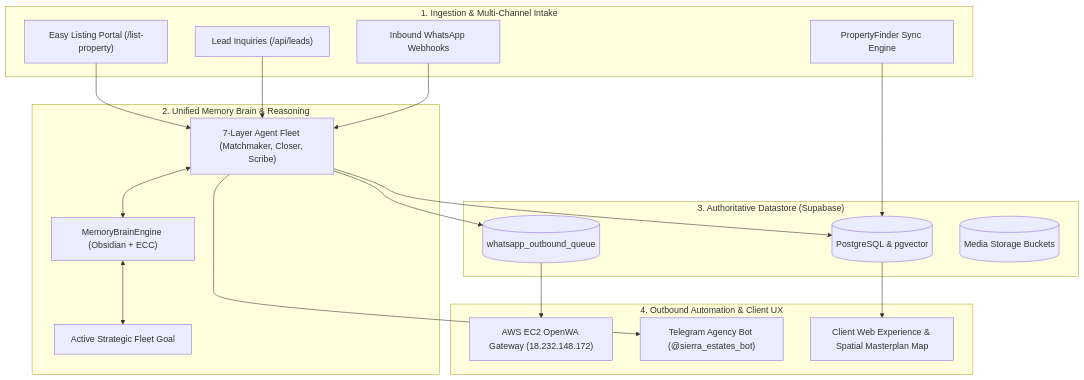
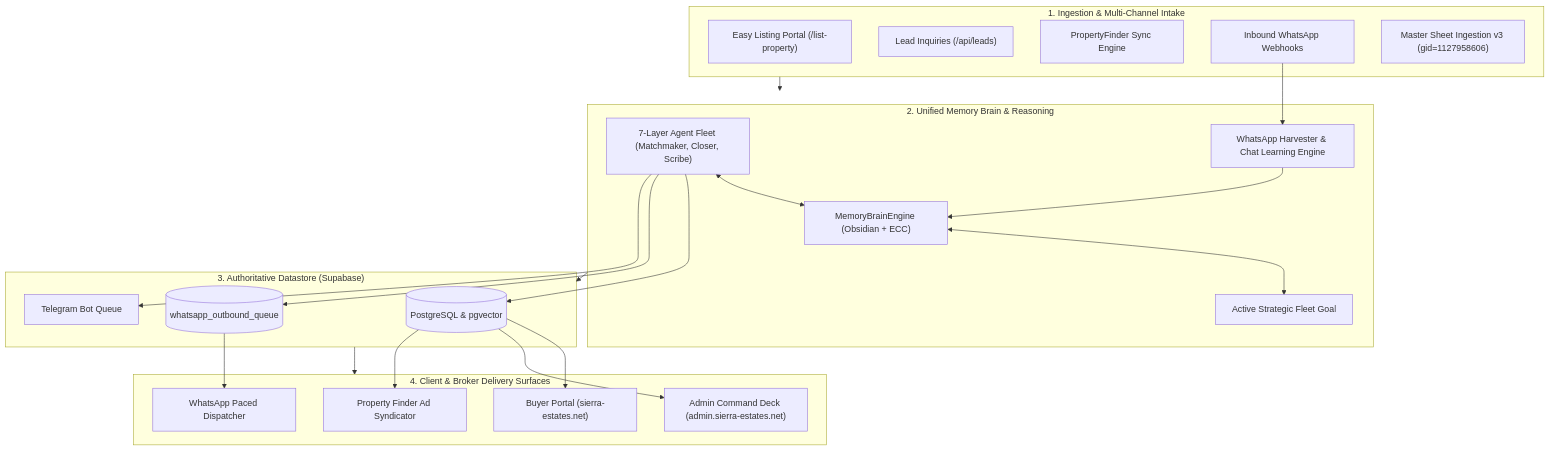
Before and after one commit to afawzy886619888866-cloud/Sierra-Estates: the second of 2 diagrams in docs/MASTER_PROJECT_PLAN.md, drawn with Mermaid. The commit also changed other lines of this file and 321 other files, not shown here.

First line of the commit message:
feat(outreach): phone normalization, silent pre-flight validator & multi-agent architecture

````diff
--- a/docs/MASTER_PROJECT_PLAN.md
+++ b/docs/MASTER_PROJECT_PLAN.md
@@ -58,41 +61,47 @@
 ```mermaid
 flowchart TD
     subgraph Intake ["1. Ingestion & Multi-Channel Intake"]
         EL["Easy Listing Portal (/list-property)"]
         LP["Lead Inquiries (/api/leads)"]
         PF["PropertyFinder Sync Engine"]
         WA_IN["Inbound WhatsApp Webhooks"]
+        GS["Master Sheet Ingestion v3 (gid=1127958606)"]
     end
 
     subgraph Intelligence ["2. Unified Memory Brain & Reasoning"]
         BRAIN["MemoryBrainEngine (Obsidian + ECC)"]
         GOAL["Active Strategic Fleet Goal"]
         AGENTS["7-Layer Agent Fleet (Matchmaker, Closer, Scribe)"]
+        HARVEST["WhatsApp Harvester & Chat Learning Engine"]
     end
 
     subgraph Core ["3. Authoritative Datastore (Supabase)"]
         DB[(PostgreSQL & pgvector)]
         WQ[("whatsapp_outbound_queue")]
-        STORE[("Media Storage Buckets")]
+        TG_OUT["Telegram Bot Queue"]
     end
 
-    subgraph Outbound ["4. Outbound Automation & Client UX"]
-        WA_OUT["AWS EC2 OpenWA Gateway (18.232.148.172)"]
-        TG_OUT["Telegram Agency Bot (@sierra_estates_bot)"]
-        PORTAL["Client Web Experience & Spatial Masterplan Map"]
+    subgraph Delivery ["4. Client & Broker Delivery Surfaces"]
+        PORTAL["Buyer Portal (sierra-estates.net)"]
+        ADMIN["Admin Command Deck (admin.sierra-estates.net)"]
+        WA_OUT["WhatsApp Paced Dispatcher"]
+        PF_PUB["Property Finder Ad Syndicator"]
     end
 
-    EL --> AGENTS
-    LP --> AGENTS
-    PF --> DB
-    WA_IN --> AGENTS
-
+    Intake --> Intelligence
+    WA_IN --> HARVEST
+    HARVEST --> BRAIN
+    Intelligence --> Core
+    Core --> Delivery
+    
     AGENTS <--> BRAIN
     BRAIN <--> GOAL
     AGENTS --> DB
     AGENTS --> WQ
     AGENTS --> TG_OUT
 
     WQ --> WA_OUT
     DB --> PORTAL
+    DB --> ADMIN
+    DB --> PF_PUB
 ```
````
